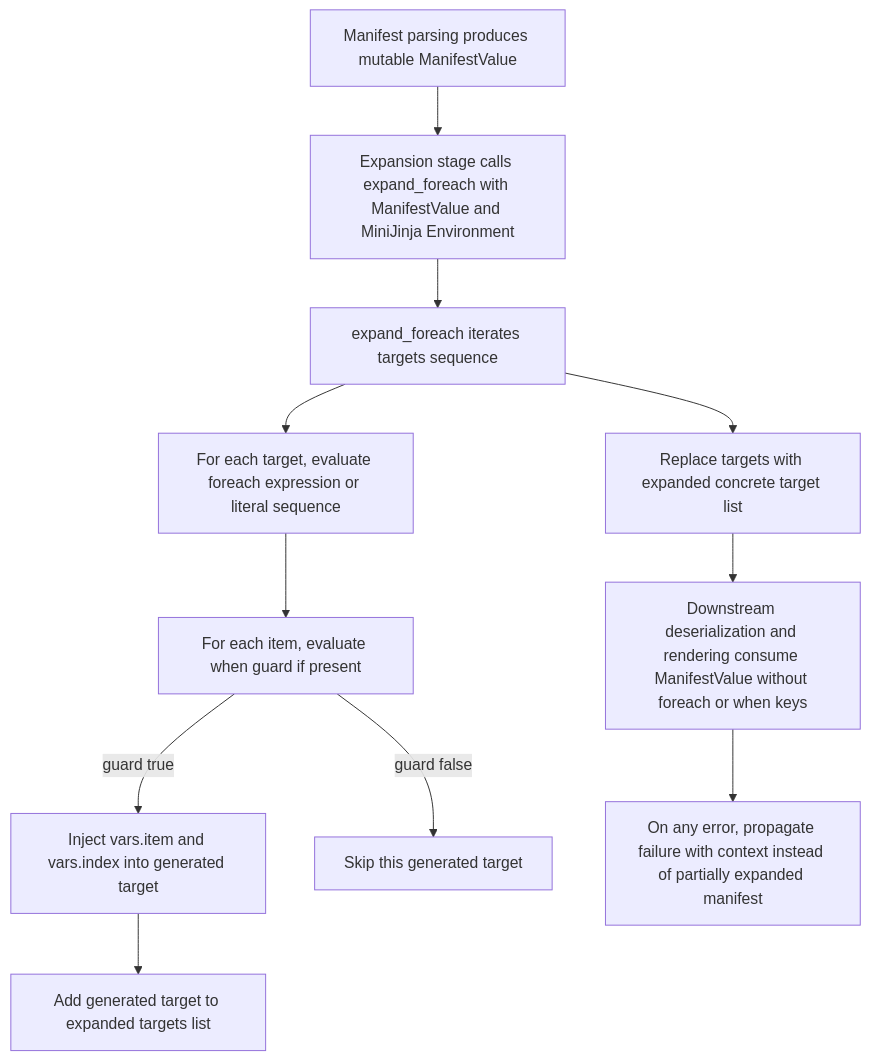
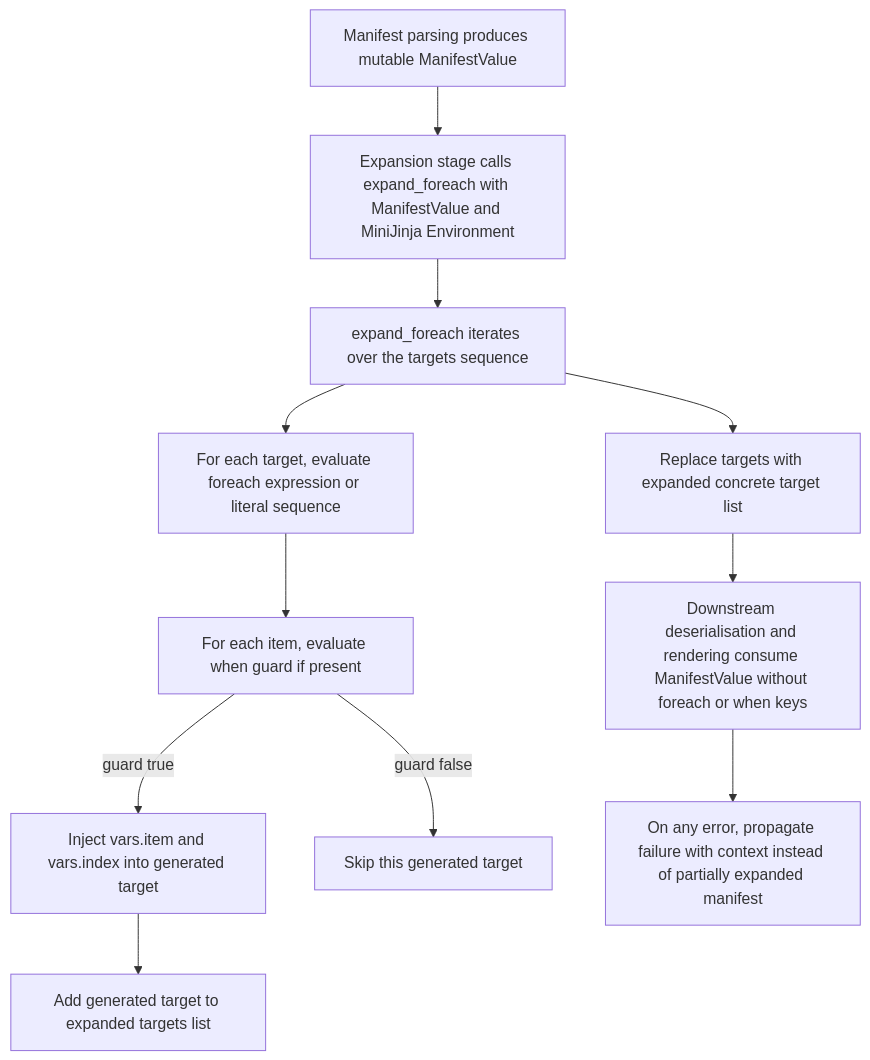
Before and after one commit to leynos/netsuke: the third of 13 diagrams in docs/netsuke-design.md, drawn with Mermaid. The commit also changed other lines of this file, not shown here.

First line of the commit message:
Clarify manifest expansion chart caption

````diff
--- a/docs/netsuke-design.md
+++ b/docs/netsuke-design.md
@@ -438,14 +445,14 @@
 ```mermaid
 flowchart TD
     A[Manifest parsing produces mutable ManifestValue] --> B
     B[Expansion stage calls expand_foreach with ManifestValue and MiniJinja Environment]
-    B --> C[expand_foreach iterates targets sequence]
+    B --> C[expand_foreach iterates over the targets sequence]
     C --> D[For each target, evaluate foreach expression or literal sequence]
     D --> E[For each item, evaluate when guard if present]
     E -->|guard true| F[Inject vars.item and vars.index into generated target]
     F --> G[Add generated target to expanded targets list]
     E -->|guard false| H[Skip this generated target]
     C --> I[Replace targets with expanded concrete target list]
-    I --> J[Downstream deserialization and rendering consume ManifestValue without foreach or when keys]
+    I --> J[Downstream deserialisation and rendering consume ManifestValue without foreach or when keys]
     J --> K[On any error, propagate failure with context instead of partially expanded manifest]
 ```
````
